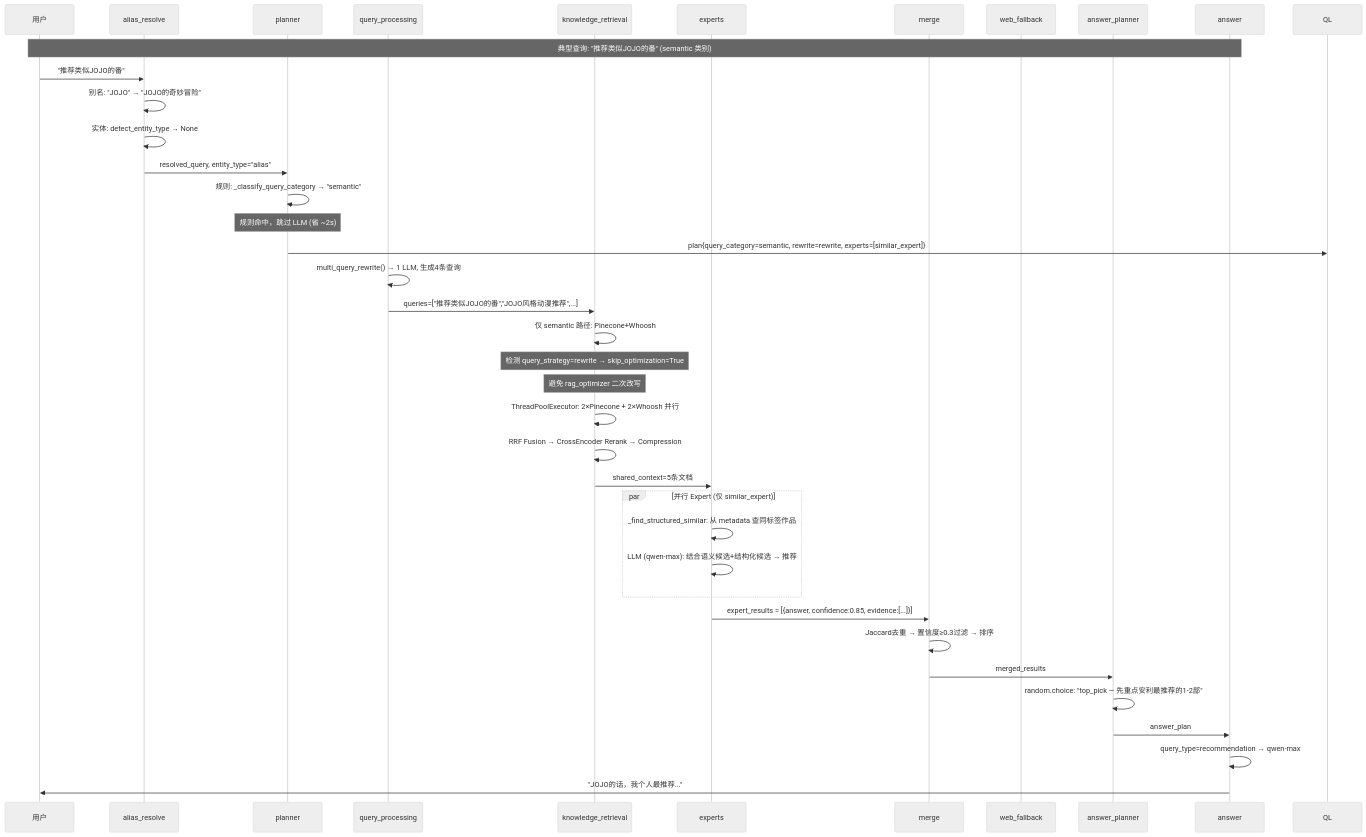
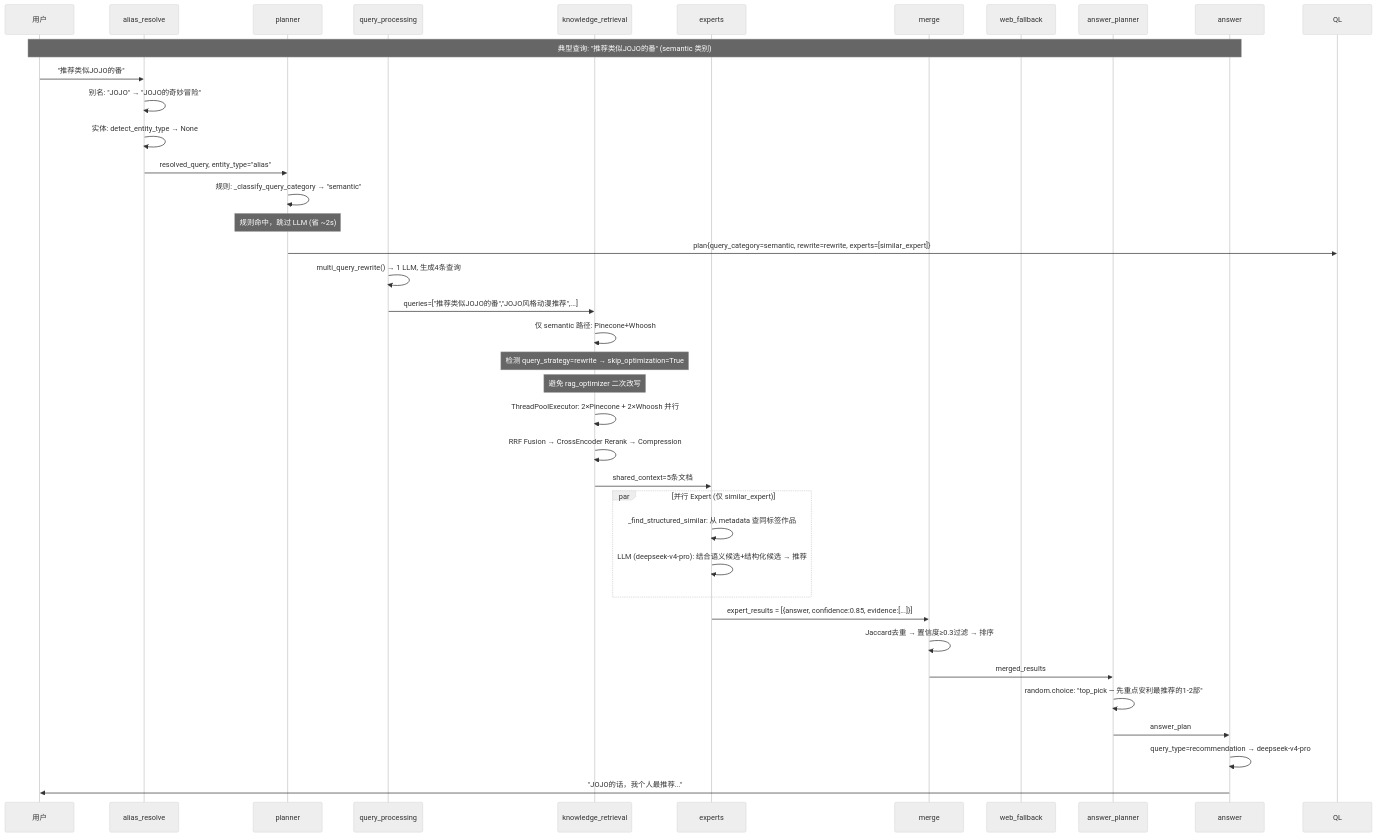
One commit to AKArrok/AniGraph changed the fifth of 5 diagrams in .trae/documents/project-summary.md. Above: the diagram before and after it, drawn with Mermaid (neutral theme). The commit also changed other lines of this file and 11 other files, not shown here.

````diff
--- a/.trae/documents/project-summary.md
+++ b/.trae/documents/project-summary.md
@@ -491,49 +491,49 @@
 ```mermaid
 sequenceDiagram
     participant U as 用户
     participant AR as alias_resolve
     participant PL as planner
     participant QP as query_processing
     participant KR as knowledge_retrieval
     participant EX as experts
     participant MG as merge
     participant WF as web_fallback
     participant AP as answer_planner
     participant AN as answer
 
     Note over U,AN: 典型查询: "推荐类似JOJO的番" (semantic 类别)
 
     U->>AR: "推荐类似JOJO的番"
     AR->>AR: 别名: "JOJO" → "JOJO的奇妙冒险"
     AR->>AR: 实体: detect_entity_type → None
     AR->>PL: resolved_query, entity_type="alias"
 
     PL->>PL: 规则: _classify_query_category → "semantic"
     Note over PL: 规则命中，跳过 LLM (省 ~2s)
     PL->>QL: plan{query_category=semantic, rewrite=rewrite, experts=[similar_expert]}
 
     QP->>QP: multi_query_rewrite() → 1 LLM, 生成4条查询
     QP->>KR: queries=["推荐类似JOJO的番","JOJO风格动漫推荐",...]
 
     KR->>KR: 仅 semantic 路径: Pinecone+Whoosh
     Note over KR: 检测 query_strategy=rewrite → skip_optimization=True
     Note over KR: 避免 rag_optimizer 二次改写
     KR->>KR: ThreadPoolExecutor: 2×Pinecone + 2×Whoosh 并行
     KR->>KR: RRF Fusion → CrossEncoder Rerank → Compression
     KR->>EX: shared_context=5条文档
 
     par 并行 Expert (仅 similar_expert)
         EX->>EX: _find_structured_similar: 从 metadata 查同标签作品
-        EX->>EX: LLM (qwen-max): 结合语义候选+结构化候选 → 推荐
+        EX->>EX: LLM (deepseek-v4-pro): 结合语义候选+结构化候选 → 推荐
     end
 
     EX->>MG: expert_results = [{answer, confidence:0.85, evidence:[...]}]
     MG->>MG: Jaccard去重 → 置信度≥0.3过滤 → 排序
     MG->>AP: merged_results
 
     AP->>AP: random.choice: "top_pick — 先重点安利最推荐的1-2部"
     AP->>AN: answer_plan
 
-    AN->>AN: query_type=recommendation → qwen-max
+    AN->>AN: query_type=recommendation → deepseek-v4-pro
     AN->>U: "JOJO的话，我个人最推荐..."
 ```
````
